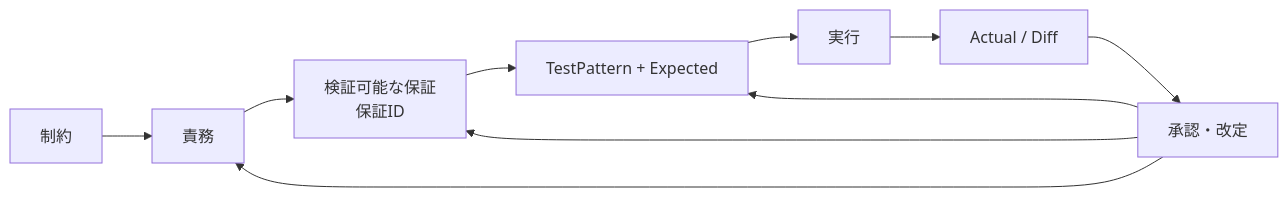
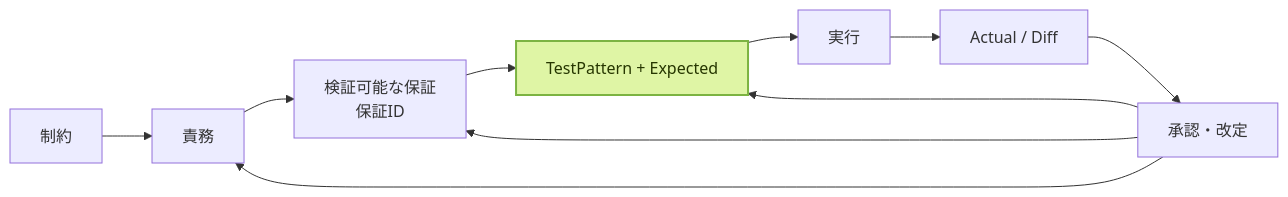
One commit to tamasub/FRB changed the diagram in articles/ai-approval-driven-development-draft.md. Above: the diagram before and after it, drawn with Mermaid.

Commit message:
ai-approval-driven-development-draft

````diff
--- a/articles/ai-approval-driven-development-draft.md
+++ b/articles/ai-approval-driven-development-draft.md
@@ -89,12 +89,16 @@
 ```mermaid
 flowchart LR
     A[制約] --> B[責務]
     B --> C[検証可能な保証<br/>保証ID]
     C --> D[TestPattern + Expected]
     D --> E[実行]
     E --> F[Actual / Diff]
     F --> G[承認・改定]
     G --> B
     G --> C
     G --> D
+
+    classDef treasure fill:#DFF5A5,stroke:#7CB342,stroke-width:2px,color:#263600
+    class D treasure
+    
 ```
````
